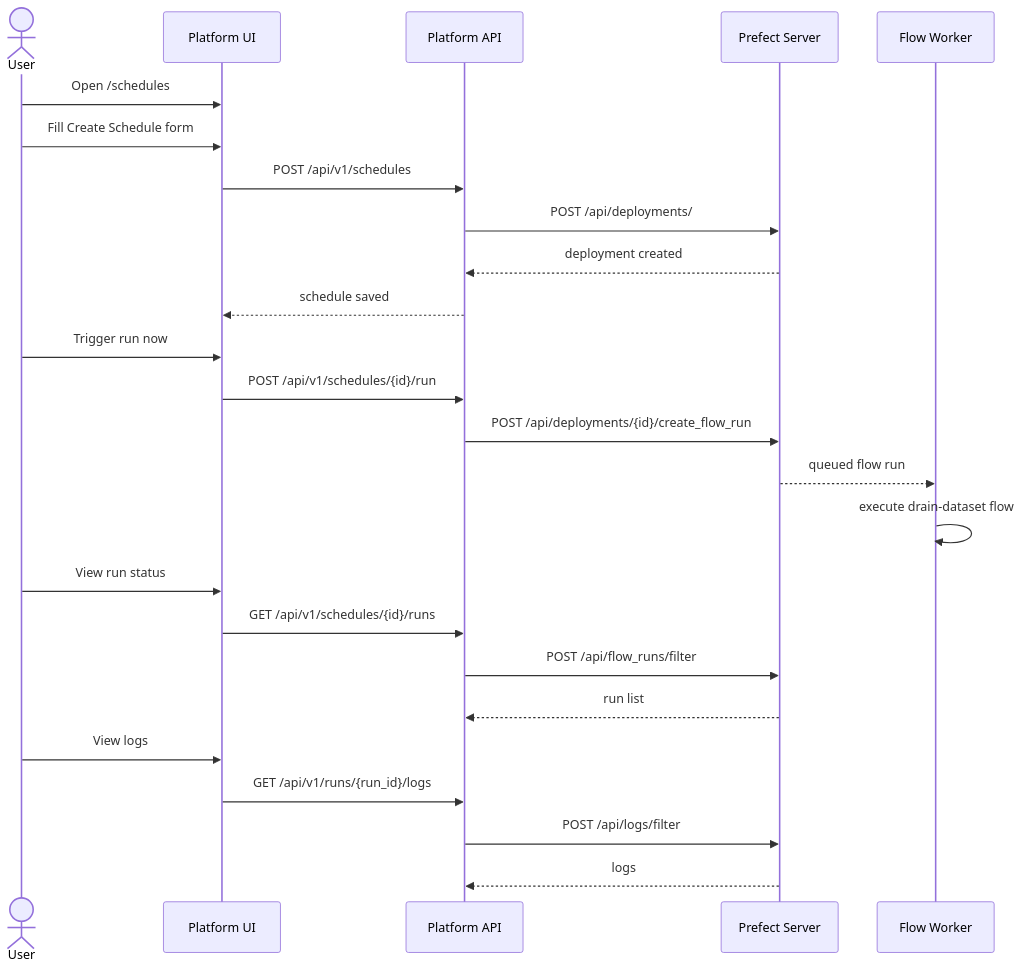
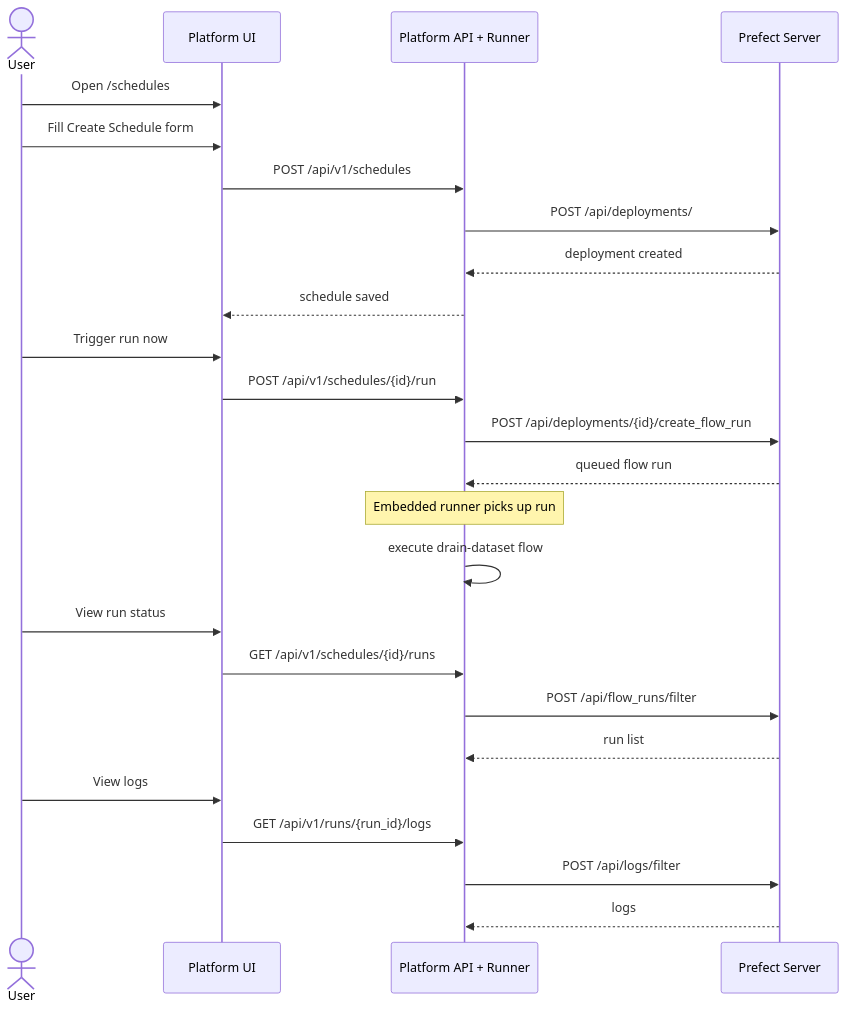
Before and after one commit to teepoy/web-training-platform: the second of 2 diagrams in docs/cron-scheduling-architecture.md, drawn with Mermaid. The commit also changed other lines of this file and 41 other files, not shown here.

````diff
--- a/docs/cron-scheduling-architecture.md
+++ b/docs/cron-scheduling-architecture.md
@@ -59,31 +58,31 @@
 ```mermaid
 sequenceDiagram
   actor User
   participant UI as Platform UI
-  participant API as Platform API
+  participant API as Platform API + Runner
   participant Prefect as Prefect Server
-  participant Worker as Flow Worker
 
   User->>UI: Open /schedules
   User->>UI: Fill Create Schedule form
   UI->>API: POST /api/v1/schedules
   API->>Prefect: POST /api/deployments/
   Prefect-->>API: deployment created
   API-->>UI: schedule saved
 
   User->>UI: Trigger run now
   UI->>API: POST /api/v1/schedules/{id}/run
   API->>Prefect: POST /api/deployments/{id}/create_flow_run
-  Prefect-->>Worker: queued flow run
-  Worker->>Worker: execute drain-dataset flow
+  Prefect-->>API: queued flow run
+  Note over API: Embedded runner picks up run
+  API->>API: execute drain-dataset flow
 
   User->>UI: View run status
   UI->>API: GET /api/v1/schedules/{id}/runs
   API->>Prefect: POST /api/flow_runs/filter
   Prefect-->>API: run list
 
   User->>UI: View logs
   UI->>API: GET /api/v1/runs/{run_id}/logs
   API->>Prefect: POST /api/logs/filter
   Prefect-->>API: logs
 ```
````
